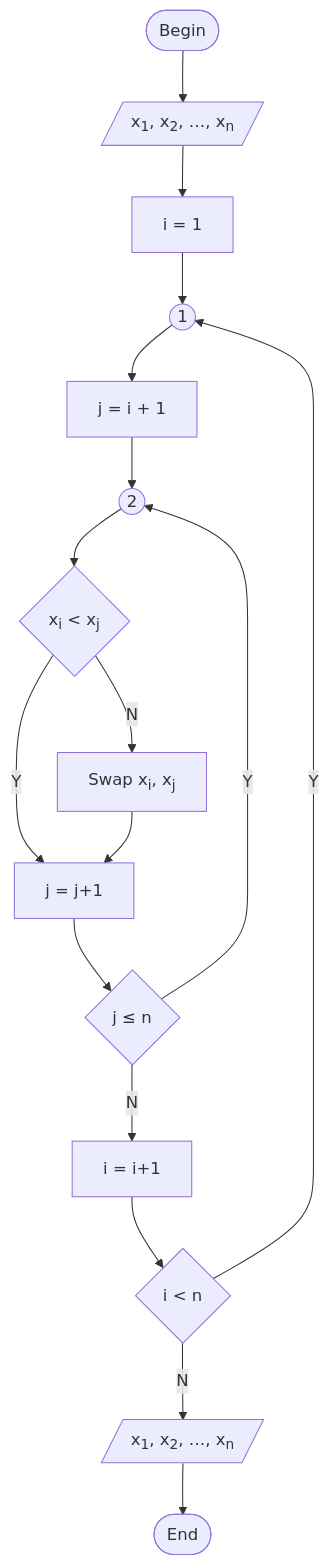
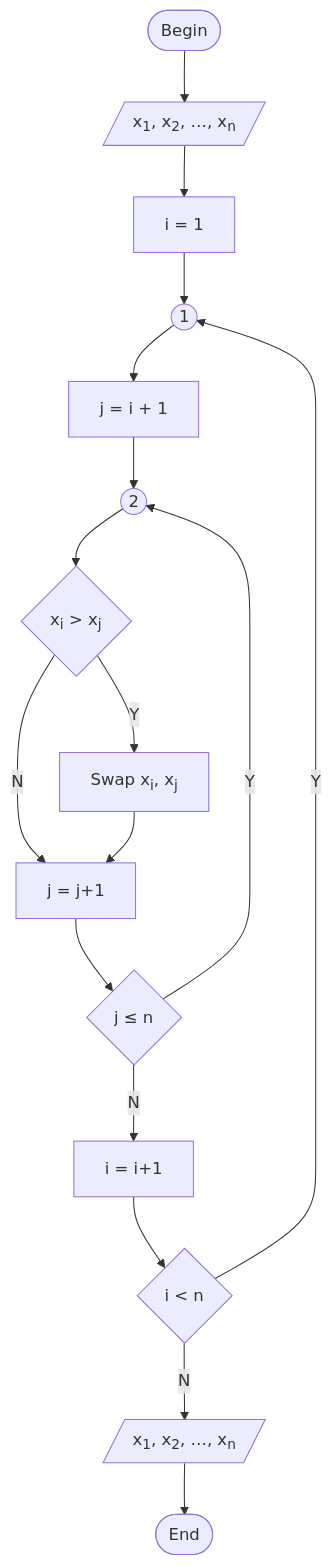
Diagram 14 of 14 in content/posts/flowchart-and-mermaid.md (dudung/to), drawn with Mermaid before and after one commit. The commit also changed other lines of this file, not shown here.

```diff
--- a/content/posts/flowchart-and-mermaid.md
+++ b/content/posts/flowchart-and-mermaid.md
@@ -236,22 +236,22 @@
 {{< mermaid >}}
 flowchart TB
   B --> I --> Init1 --> o1 --> Init2 --> o2 --> C1
-  C1 --"Y"--> Incj
-  C1 --"N"--> Swap --> Incj --> Cj --"Y"--> o2
+  C1 --"N"--> Incj
+  C1 --"Y"--> Swap --> Incj --> Cj --"Y"--> o2
   Cj --"N"--> Inci --> Ci --"Y"--> o1
   Ci --"N"--> O --> E
   Ci{"i &lt; n"}
   Cj{"j &le; n"}
   Swap["Swap x<sub>i</sub>, x<sub>j</sub>"]
   Inci["i = i+1"]
   Incj["j = j+1"]
-  C1{"x<sub>i</sub> &lt; x<sub>j</sub>"}
+  C1{"x<sub>i</sub> &gt; x<sub>j</sub>"}
   o1(("1"))
   o2(("2"))
   Init1["i = 1"]
   Init2["j = i + 1"]
   O[/"x<sub>1</sub>, x<sub>2</sub>, &hellip;, x<sub>n</sub>"/]
   I[/"x<sub>1</sub>, x<sub>2</sub>, &hellip;, x<sub>n</sub>"/]
   B(["Begin"])
   E(["End"])
 {{< /mermaid >}}
```
